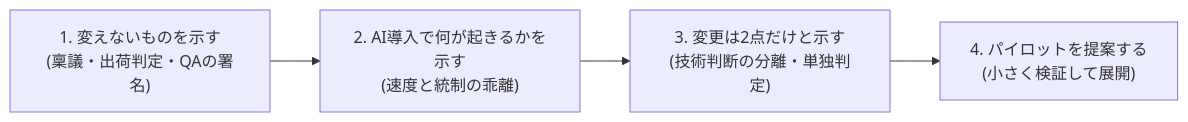
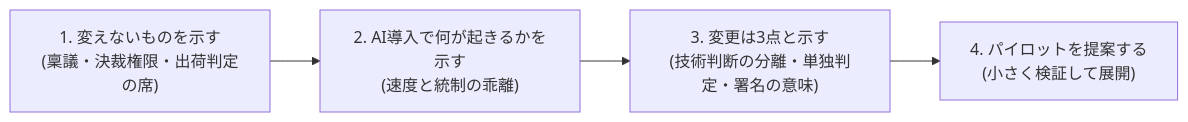
The diagram in src/content/docs/phase4-process-design/proposal-template.md (Takenori-Kusaka/process-compass), drawn with Mermaid before and after one commit. The commit also changed other lines of this file and 65 other files, not shown here.

````diff
--- a/src/content/docs/phase4-process-design/proposal-template.md
+++ b/src/content/docs/phase4-process-design/proposal-template.md
@@ -14,6 +18,6 @@
 ```mermaid
 graph LR
-  A["1. 変えないものを示す<br>(稟議・出荷判定・QAの署名)"] --> B["2. AI導入で何が起きるかを示す<br>(速度と統制の乖離)"]
-  B --> C["3. 変更は2点だけと示す<br>(技術判断の分離・単独判定)"]
+  A["1. 変えないものを示す<br>(稟議・決裁権限・出荷判定の席)"] --> B["2. AI導入で何が起きるかを示す<br>(速度と統制の乖離)"]
+  B --> C["3. 変更は3点と示す<br>(技術判断の分離・単独判定・署名の意味)"]
   C --> D["4. パイロットを提案する<br>(小さく検証して展開)"]
 ```
````
